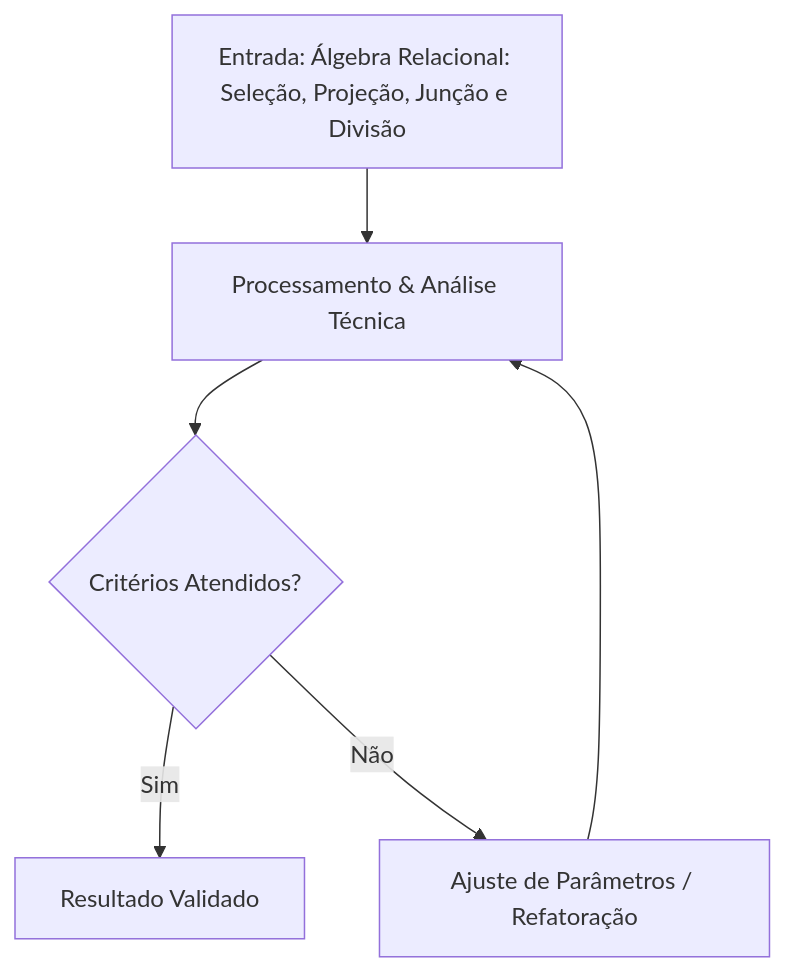
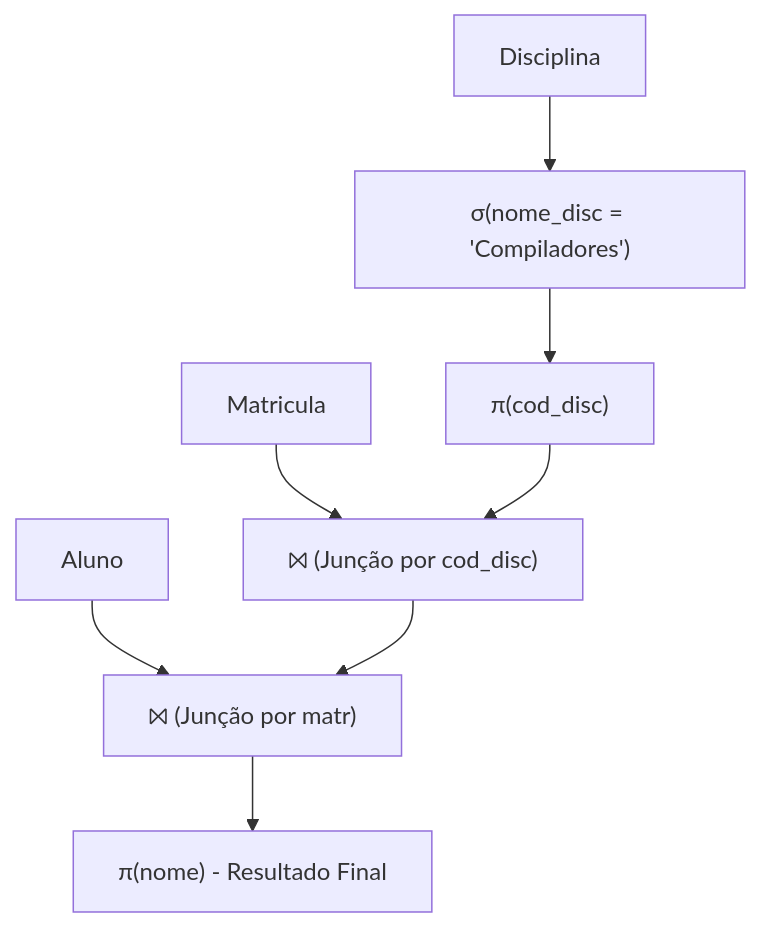
Before and after one commit to pedroiff0/page: the diagram in content/pt-br/resource/Engenharia de Computação/6-periodo/banco-de-dados/anotacoes/aula-02-algebra-relacional-selecao-projecao-juncao-e-divisao.md, drawn with Mermaid. The commit also changed other lines of this file and 826 other files, not shown here.

````diff
--- a/content/pt-br/resource/Engenharia de Computação/6-periodo/banco-de-dados/anotacoes/aula-02-algebra-relacional-selecao-projecao-juncao-e-divisao.md
+++ b/content/pt-br/resource/Engenharia de Computação/6-periodo/banco-de-dados/anotacoes/aula-02-algebra-relacional-selecao-projecao-juncao-e-divisao.md
@@ -74,8 +87,8 @@
 ```mermaid
 flowchart TD
-    A[Entrada: Álgebra Relacional: Seleção, Projeção, Junção e Divisão] --> B[Processamento & Análise Técnica]
-    B --> C{Critérios Atendidos?}
-    C -- Sim --> D[Resultado Validado]
-    C -- Não --> E[Ajuste de Parâmetros / Refatoração]
-    E --> B
+    D[Disciplina] --> SD["σ(nome_disc = 'Compiladores')"]
+    SD --> PD["π(cod_disc)"]
+    M[Matricula] & PD --> J1["⨝ (Junção por cod_disc)"]
+    A[Aluno] & J1 --> J2["⨝ (Junção por matr)"]
+    J2 --> P["π(nome) - Resultado Final"]
 ```
````
